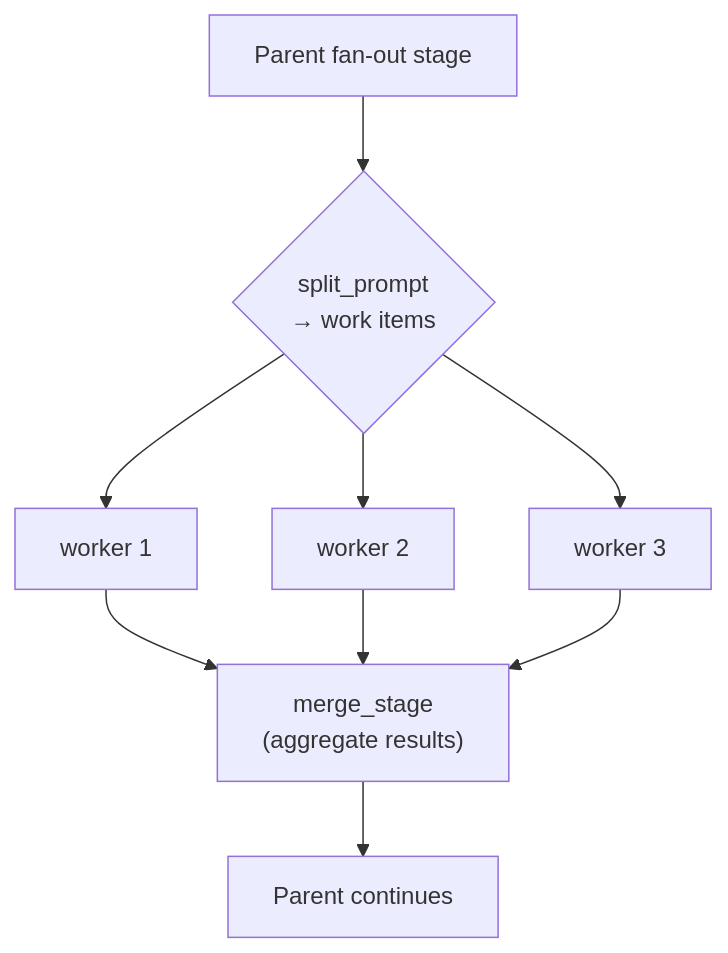
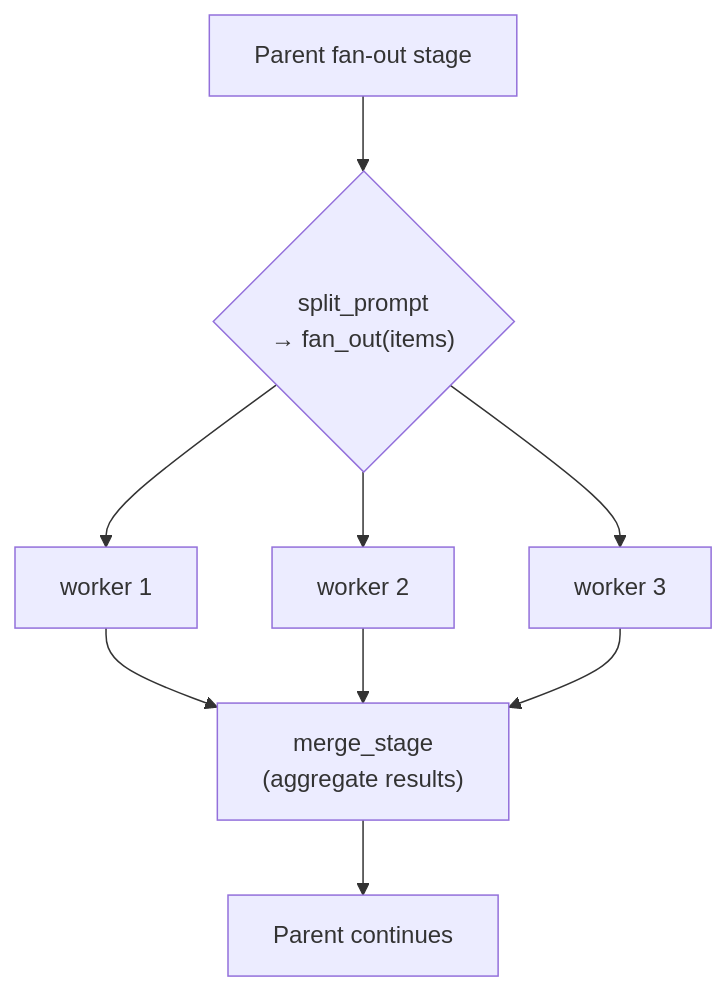
Before and after one commit to GEMISIS/leviath: the first of 2 diagrams in docs/content/sub-agents.md, drawn with Mermaid. The commit also changed other lines of this file and 4 other files, not shown here.

````diff
--- a/docs/content/sub-agents.md
+++ b/docs/content/sub-agents.md
@@ -31,9 +101,9 @@
 ```mermaid
 flowchart TB
-  P["Parent fan-out stage"] --> Q{"split_prompt<br/>→ work items"}
+  P["Parent fan-out stage"] --> Q{"split_prompt<br/>→ fan_out(items)"}
   Q --> W1["worker 1"]
   Q --> W2["worker 2"]
   Q --> W3["worker 3"]
   W1 & W2 & W3 --> M["merge_stage<br/>(aggregate results)"]
   M --> P2["Parent continues"]
 ```
````
